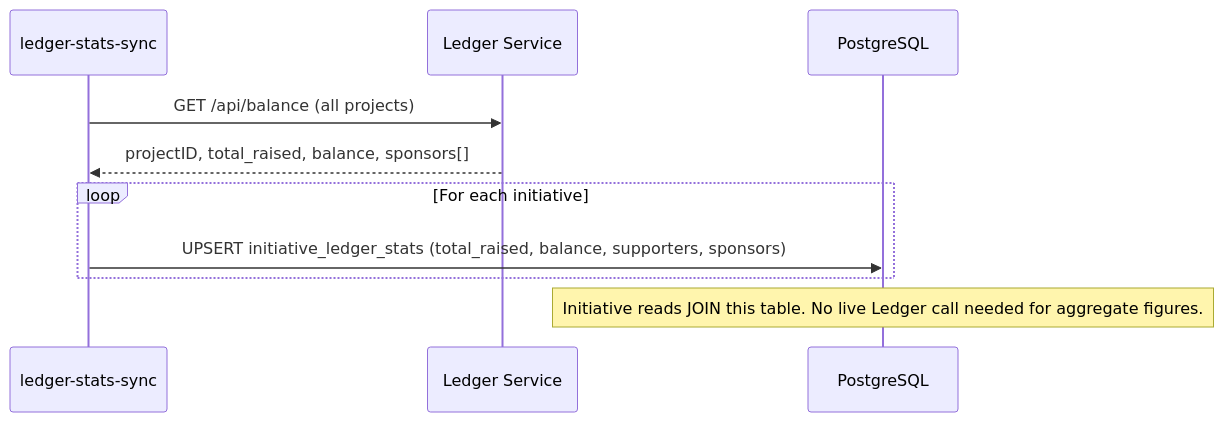
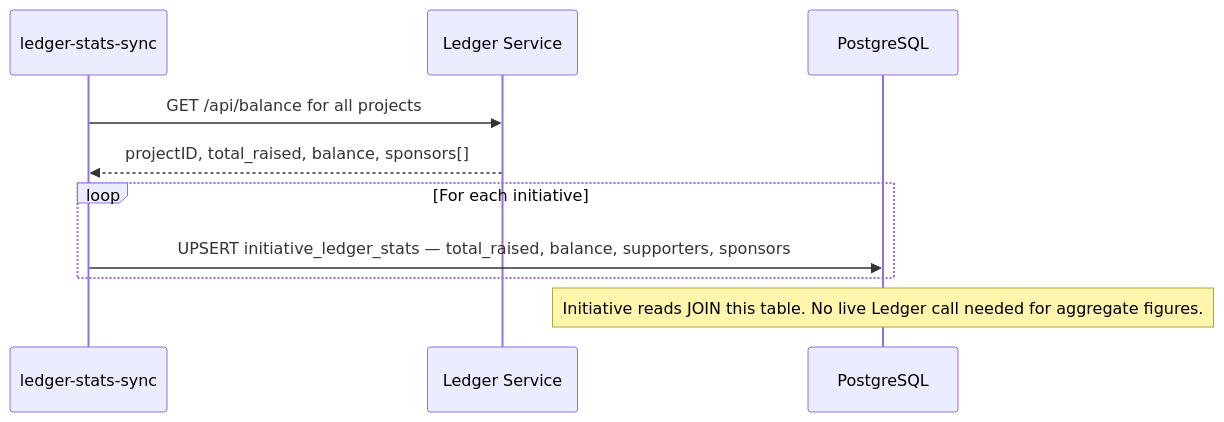
The sixth of 8 diagrams in docs/architecture.md (linuxfoundation/lfx-crowdfunding), drawn with Mermaid before and after one commit. The commit also changed other lines of this file, not shown here.

First line of the commit message:
docs(architecture): fix Mermaid parse errors from parentheses in labels

````diff
--- a/docs/architecture.md
+++ b/docs/architecture.md
@@ -342,13 +342,13 @@
 ```mermaid
 sequenceDiagram
     participant Cron as ledger-stats-sync
     participant Ledger as Ledger Service
     participant DB as PostgreSQL
 
-    Cron->>Ledger: GET /api/balance (all projects)
+    Cron->>Ledger: GET /api/balance for all projects
     Ledger-->>Cron: projectID, total_raised, balance, sponsors[]
     loop For each initiative
-        Cron->>DB: UPSERT initiative_ledger_stats (total_raised, balance, supporters, sponsors)
+        Cron->>DB: UPSERT initiative_ledger_stats — total_raised, balance, supporters, sponsors
     end
     Note over DB: Initiative reads JOIN this table. No live Ledger call needed for aggregate figures.
 ```
````
